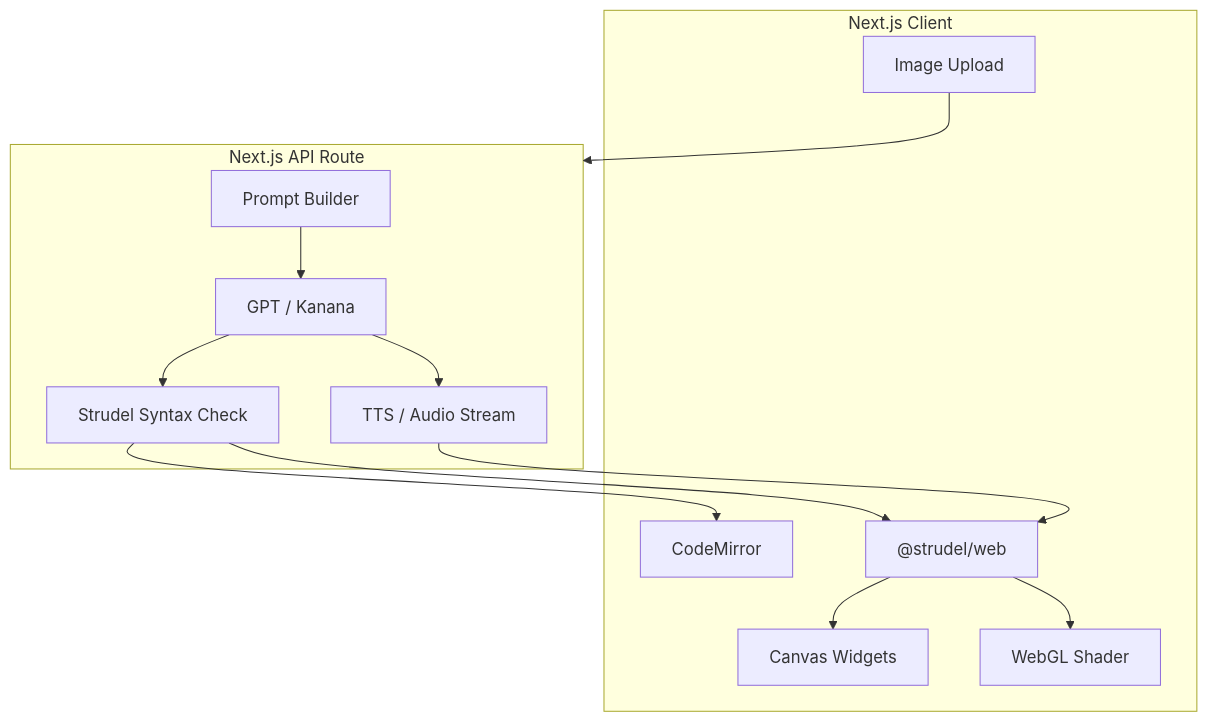
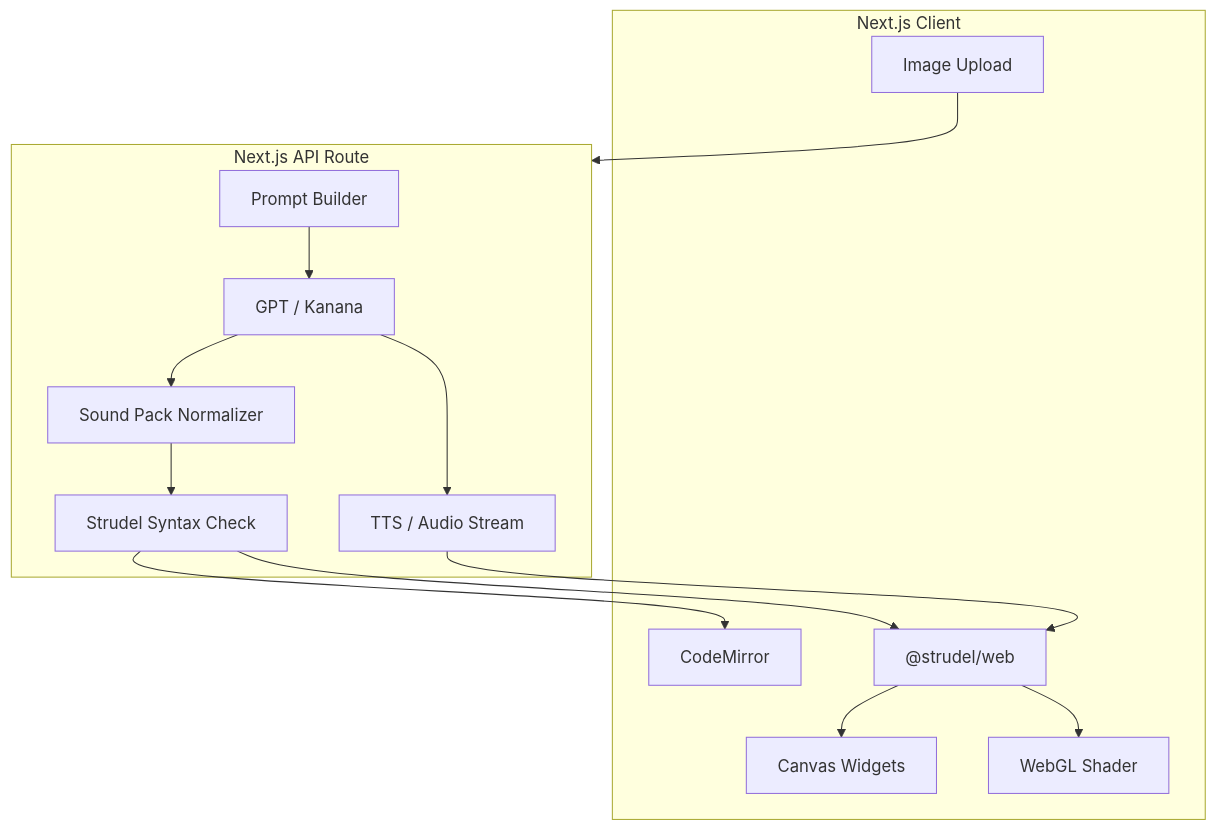
Before and after one commit to lux-02/Strudel: the second of 2 diagrams in README.md, drawn with Mermaid. The commit also changed other lines of this file and 5 other files, not shown here.

Commit message:
Add sound pack selection and auto loop

````diff
--- a/README.md
+++ b/README.md
@@ -167,27 +178,29 @@
 ```mermaid
 flowchart TB
   subgraph Client["Next.js Client"]
     Upload["Image Upload"]
     Editor["CodeMirror"]
     Runtime["@strudel/web"]
     Widgets["Canvas Widgets"]
     Shader["WebGL Shader"]
   end
 
   subgraph Server["Next.js API Route"]
     Prompt["Prompt Builder"]
     Model["GPT / Kanana"]
+    SoundPack["Sound Pack Normalizer"]
     Syntax["Strudel Syntax Check"]
     TTS["TTS / Audio Stream"]
   end
 
   Upload --> Server
   Prompt --> Model
-  Model --> Syntax
+  Model --> SoundPack
+  SoundPack --> Syntax
   Model --> TTS
   Syntax --> Editor
   Syntax --> Runtime
   TTS --> Runtime
   Runtime --> Widgets
   Runtime --> Shader
 ```
````
